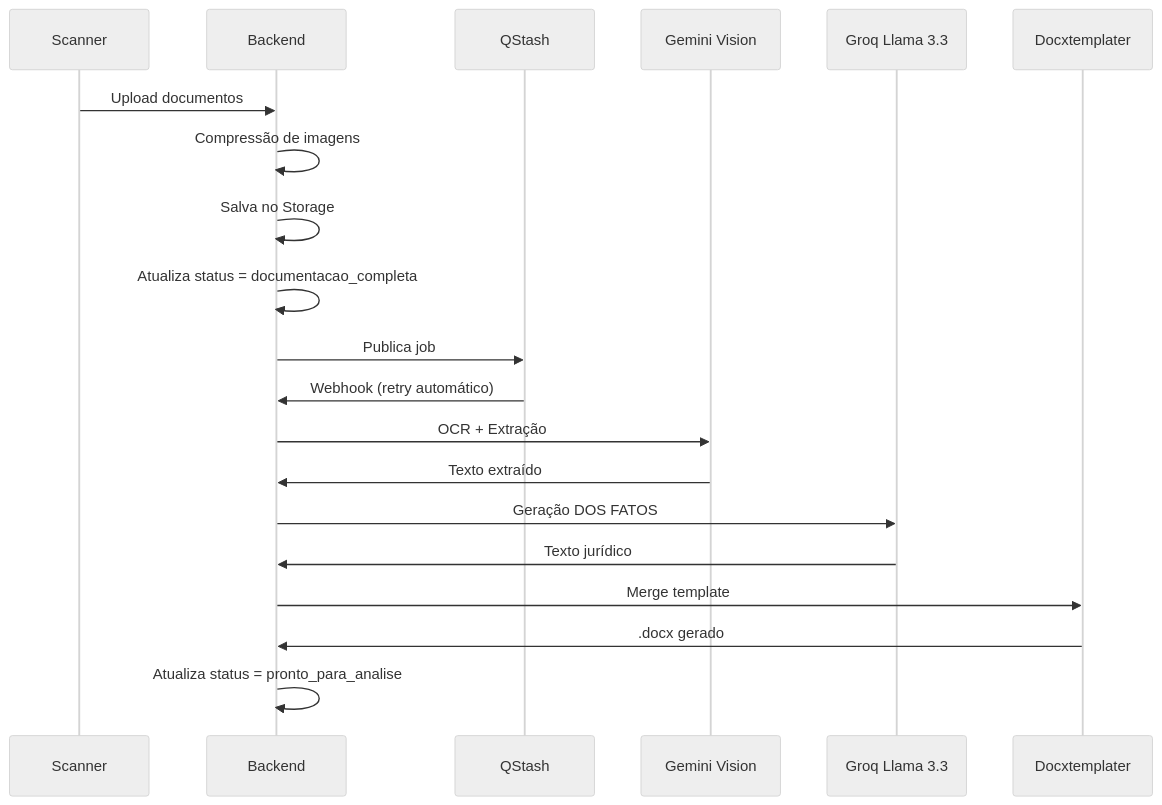
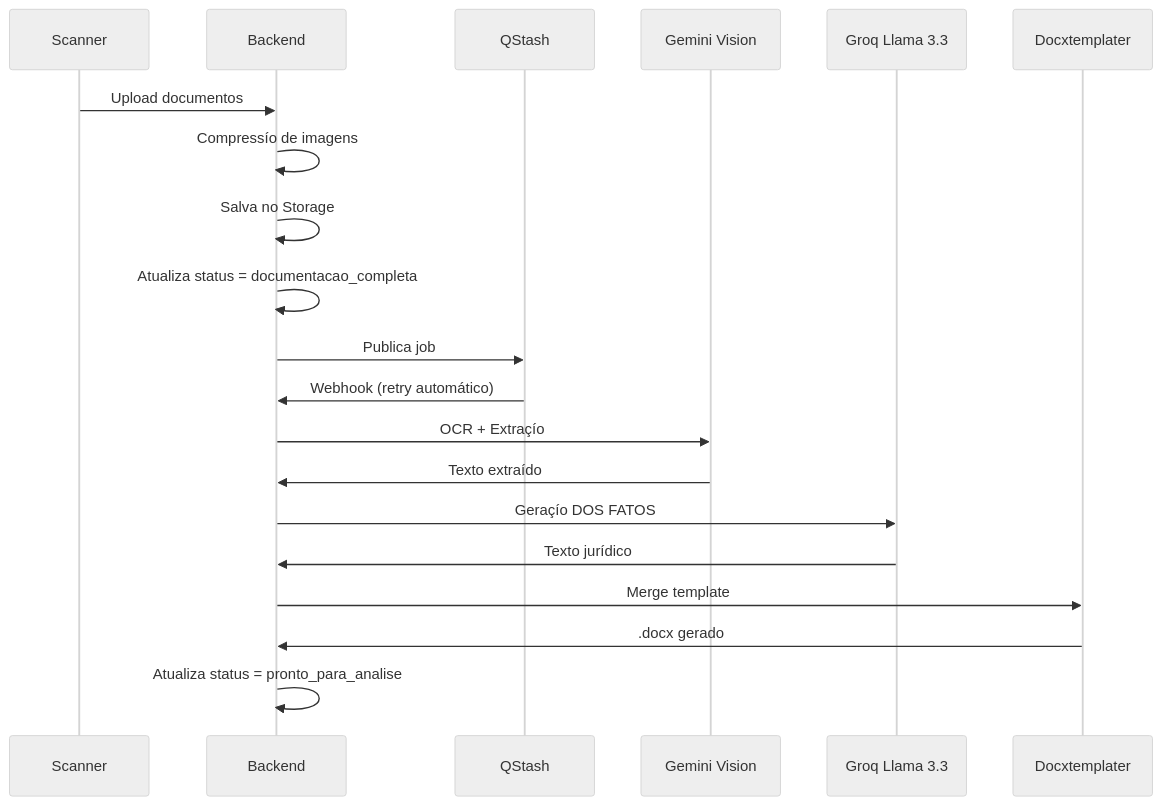
The third of 4 diagrams in claude.md (CJVW-Code/maes_acao), drawn with Mermaid (neutral theme) before and after one commit. The commit also changed other lines of this file and 22 other files, not shown here.

````diff
--- a/claude.md
+++ b/claude.md
@@ -293,23 +293,23 @@
 ```mermaid
 sequenceDiagram
     participant S as Scanner
     participant B as Backend
     participant Q as QStash
     participant G as Gemini Vision
     participant Groq as Groq Llama 3.3
     participant D as Docxtemplater
 
     S->>B: Upload documentos
-    B->>B: Compressão de imagens
+    B->>B: Compressío de imagens
     B->>B: Salva no Storage
     B->>B: Atualiza status = documentacao_completa
     B->>Q: Publica job
     Q->>B: Webhook (retry automático)
-    B->>G: OCR + Extração
+    B->>G: OCR + Extraçío
     G->>B: Texto extraído
-    B->>Groq: Geração DOS FATOS
+    B->>Groq: Geraçío DOS FATOS
     Groq->>B: Texto jurídico
     B->>D: Merge template
     D->>B: .docx gerado
     B->>B: Atualiza status = pronto_para_analise
 ```
````
